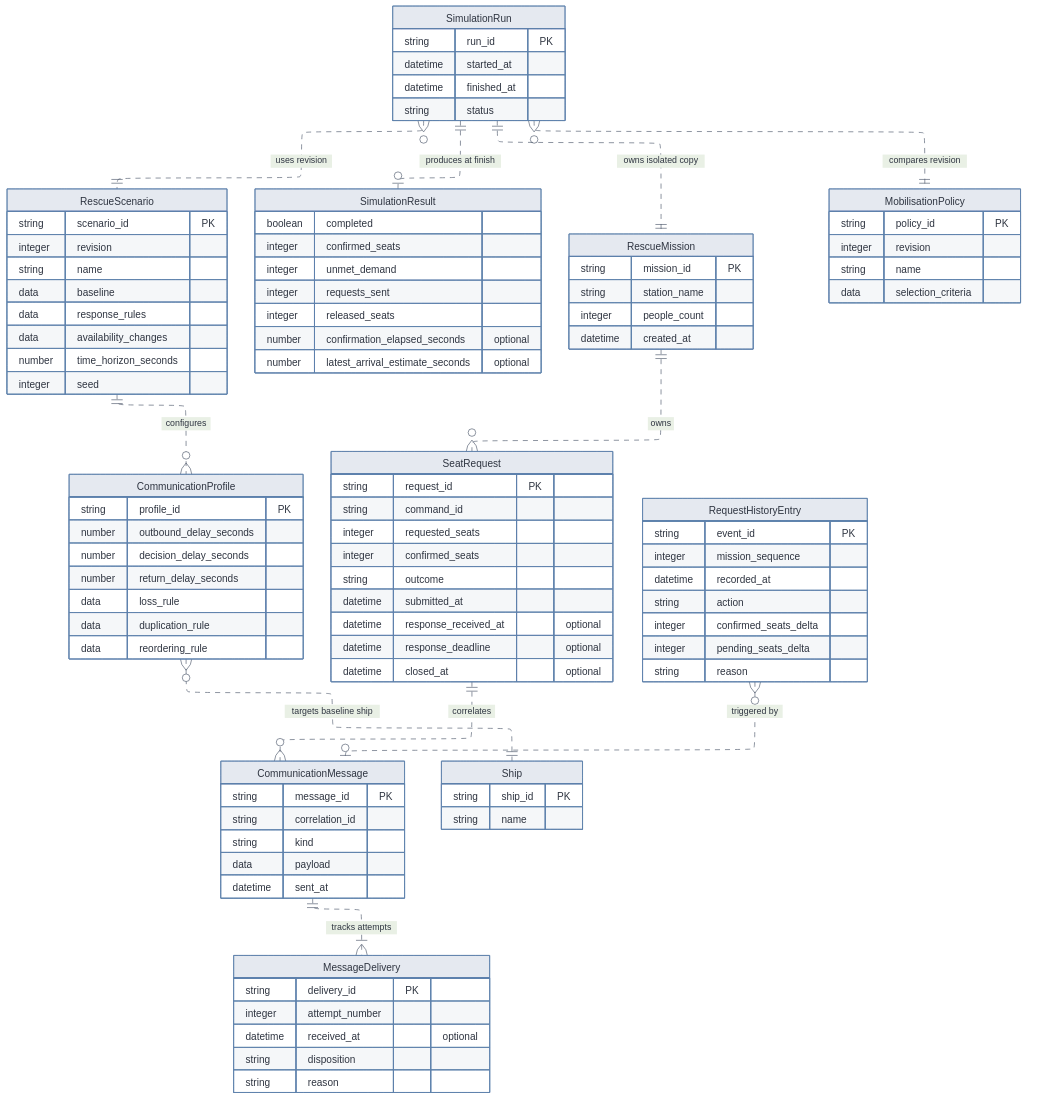
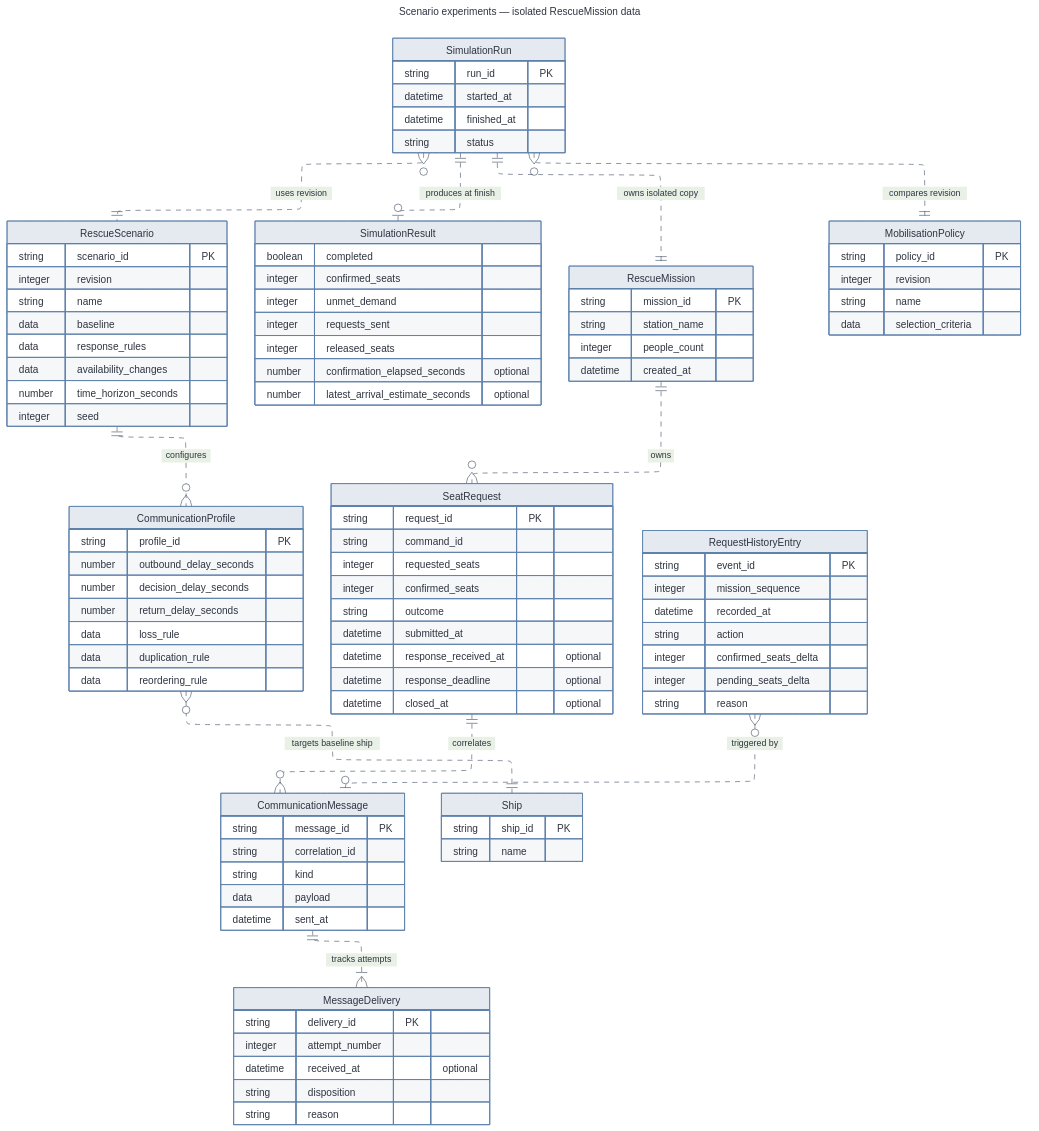
One commit to mariaxmxavier/space-rescue-system changed the diagram in docs/diagrams/rescue-domain-model/entity-relationship-diagrams/scenario-model-er.mmd. Above: the diagram before and after it, drawn with Mermaid. The commit also changed 10 other files, not shown here.

Commit message:
docs: clarify run-scoped coordination and history

```diff
--- a/docs/diagrams/rescue-domain-model/entity-relationship-diagrams/scenario-model-er.mmd
+++ b/docs/diagrams/rescue-domain-model/entity-relationship-diagrams/scenario-model-er.mmd
@@ -1,126 +1,129 @@
 ---
+title: Scenario experiments — isolated RescueMission data
 config:
   layout: elk
   theme: base
   htmlLabels: false
   fontFamily: Arial
   themeVariables:
     primaryColor: '#e5e9f0'
     primaryTextColor: '#2e3440'
     primaryBorderColor: '#5e81ac'
     lineColor: '#4c566a'
     tertiaryColor: '#eceff4'
     fontFamily: 'Arial, sans-serif'
   elk:
     mergeEdges: false
     nodePlacementStrategy: LINEAR_SEGMENTS
   class:
     nodeSpacing: 90
     rankSpacing: 100
     padding: 24
     diagramPadding: 40
   er:
     nodeSpacing: 90
     rankSpacing: 100
     diagramPadding: 30
 ---
 erDiagram
     direction TB
     %% Logical ER view; dashed lines do not imply UML dependency or lifecycle ownership.
+    %% Simulation runs own isolated mission copies and do not use the operational run-scoped central registry.
+    %% Each run owns an isolated RescueMission copy, which owns request transitions and mission invariants; these are behaviours, not additional ER fields.
     %% Experiments
     RescueScenario {
         string scenario_id PK
         integer revision
         string name
         data baseline
         data response_rules
         data availability_changes
         number time_horizon_seconds
         integer seed
     }
     CommunicationProfile {
         string profile_id PK
         number outbound_delay_seconds
         number decision_delay_seconds
         number return_delay_seconds
         data loss_rule
         data duplication_rule
         data reordering_rule
     }
     SimulationRun {
         string run_id PK
         datetime started_at
         datetime finished_at
         string status
     }
     SimulationResult {
         boolean completed
         integer confirmed_seats
         integer unmet_demand
         integer requests_sent
         integer released_seats
         number confirmation_elapsed_seconds "optional"
         number latest_arrival_estimate_seconds "optional"
     }
     %% Communication
     CommunicationMessage {
         string message_id PK
         string correlation_id
         string kind
         data payload
         datetime sent_at
     }
     MessageDelivery {
         string delivery_id PK
         integer attempt_number
         datetime received_at "optional"
         string disposition
         string reason
     }
     %% CoreReferences
     RescueMission {
         string mission_id PK
         string station_name
         integer people_count
         datetime created_at
     }
     Ship {
         string ship_id PK
         string name
     }
     SeatRequest {
         string request_id PK
         string command_id
         integer requested_seats
         integer confirmed_seats
         string outcome
         datetime submitted_at
         datetime response_received_at "optional"
         datetime response_deadline "optional"
         datetime closed_at "optional"
     }
     RequestHistoryEntry {
         string event_id PK
         integer mission_sequence
         datetime recorded_at
         string action
         integer confirmed_seats_delta
         integer pending_seats_delta
         string reason
     }
     MobilisationPolicy {
         string policy_id PK
         integer revision
         string name
         data selection_criteria
     }
     RescueScenario ||..o{ CommunicationProfile : "configures"
     CommunicationProfile }o..|| Ship : "targets baseline ship"
     SimulationRun }o..|| RescueScenario : "uses revision"
     SimulationRun }o..|| MobilisationPolicy : "compares revision"
     SimulationRun ||..|| RescueMission : "owns isolated copy"
     SimulationRun ||..o| SimulationResult : "produces at finish"
     RescueMission ||..o{ SeatRequest : "owns"
     SeatRequest ||..o{ CommunicationMessage : "correlates"
     CommunicationMessage ||..|{ MessageDelivery : "tracks attempts"
     RequestHistoryEntry }o..o| CommunicationMessage : "triggered by"
```
